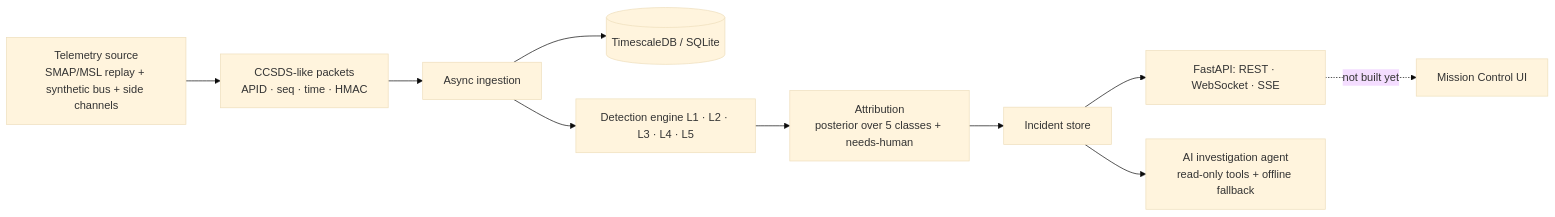
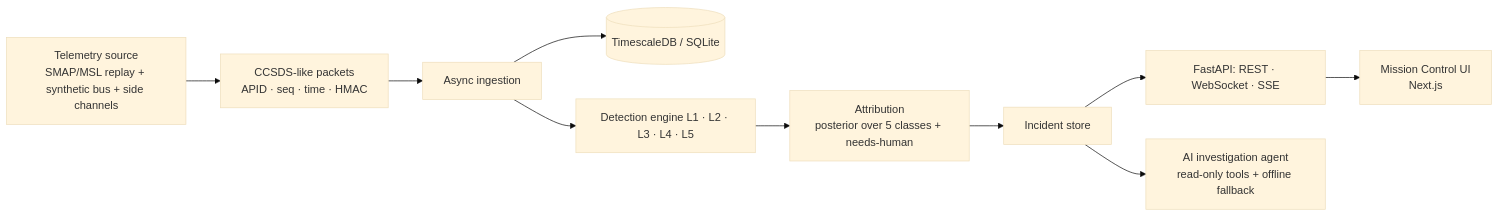
Before and after one commit to Kaushik2210/ORBITAL-SENTINEL: the diagram in README.md, drawn with Mermaid (base theme). The commit also changed other lines of this file and 33 other files, not shown here.

First line of the commit message:
feat(frontend): Mission Control web UI (Next.js)

````diff
--- a/README.md
+++ b/README.md
@@ -78,12 +79,12 @@
 ```mermaid
 flowchart LR
   A[Telemetry source<br/>SMAP/MSL replay + synthetic bus + side channels] --> B[CCSDS-like packets<br/>APID · seq · time · HMAC]
   B --> C[Async ingestion]
   C --> D[(TimescaleDB / SQLite)]
   C --> E[Detection engine L1 · L2 · L3 · L4 · L5]
   E --> F[Attribution<br/>posterior over 5 classes + needs-human]
   F --> G[Incident store]
   G --> I[FastAPI: REST · WebSocket · SSE]
   G --> J[AI investigation agent<br/>read-only tools + offline fallback]
-  I -.->|not built yet| H[Mission Control UI]
+  I --> H[Mission Control UI<br/>Next.js]
 ```
````
